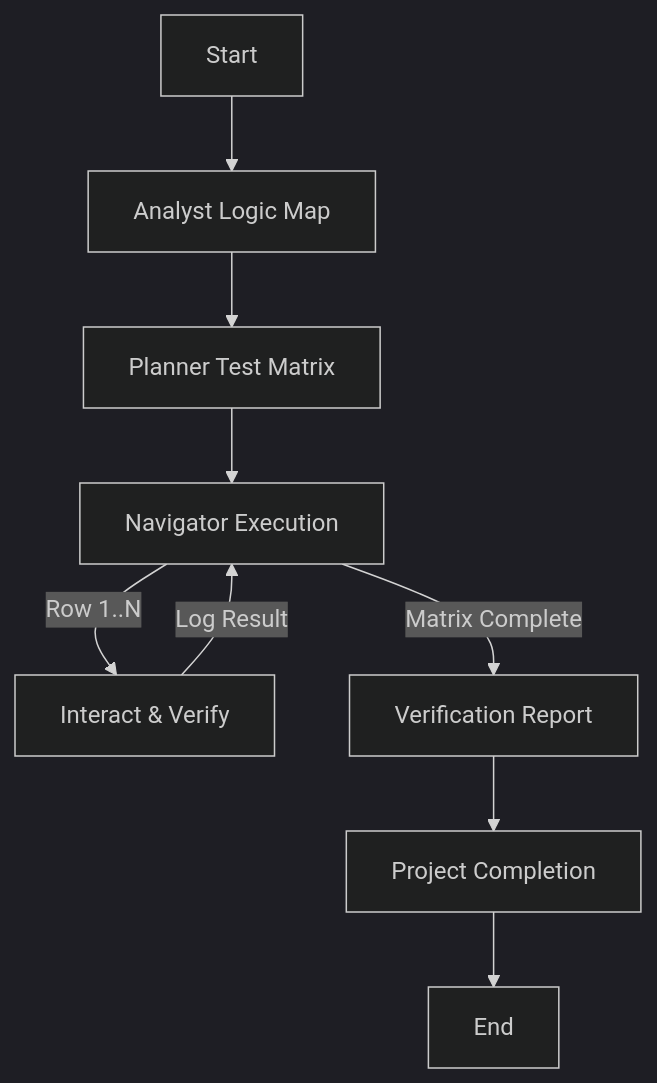
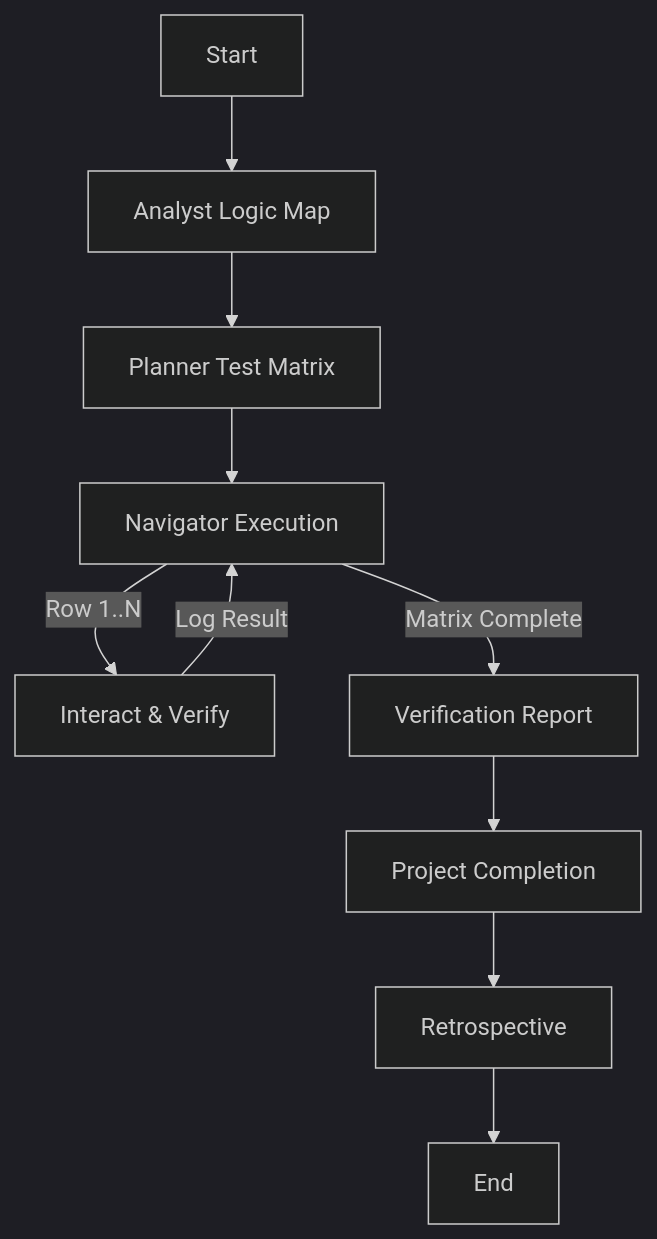
Before and after one commit to seanspiesman/Agents-and-Workflows: the diagram in custom-agents/workflows/quality/WidgetTesting.workflow.md, drawn with Mermaid (dark theme). The commit also changed other lines of this file and 38 other files, not shown here.

````diff
--- a/custom-agents/workflows/quality/WidgetTesting.workflow.md
+++ b/custom-agents/workflows/quality/WidgetTesting.workflow.md
@@ -66,11 +75,12 @@
 ```mermaid
 flowchart TD
     Start[Start] --> Analyze[Analyst Logic Map]
     Analyze --> Plan[Planner Test Matrix]
     Plan --> Nav[Navigator Execution]
     Nav -->|Row 1..N| Interact[Interact & Verify]
     Interact -->|Log Result| Nav
     Nav -->|Matrix Complete| Done[Verification Report]
     Done --> Finish[Project Completion]
-    Finish --> End[End]
+    Finish --> Retro[Retrospective]
+    Retro --> End[End]
 ```
````
